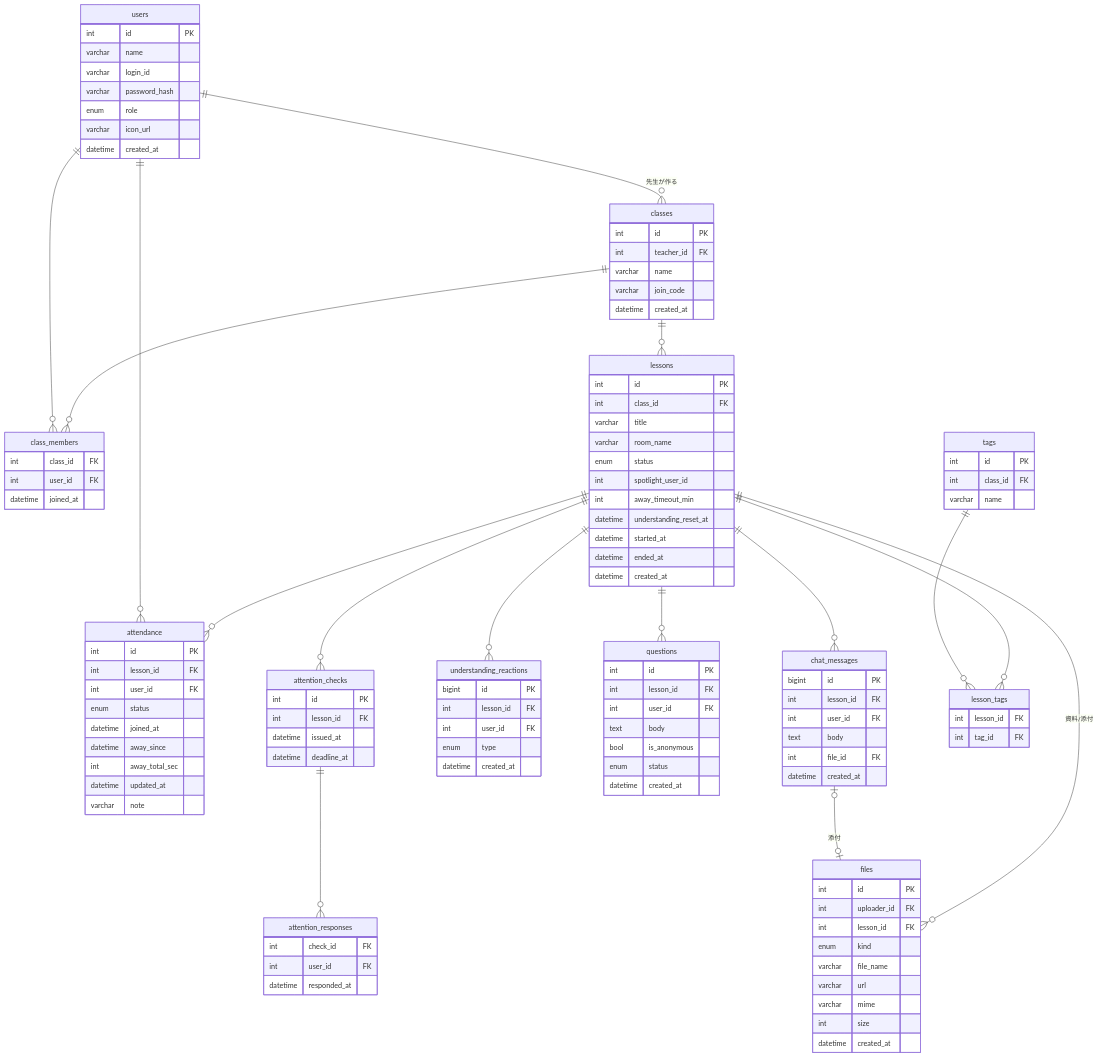
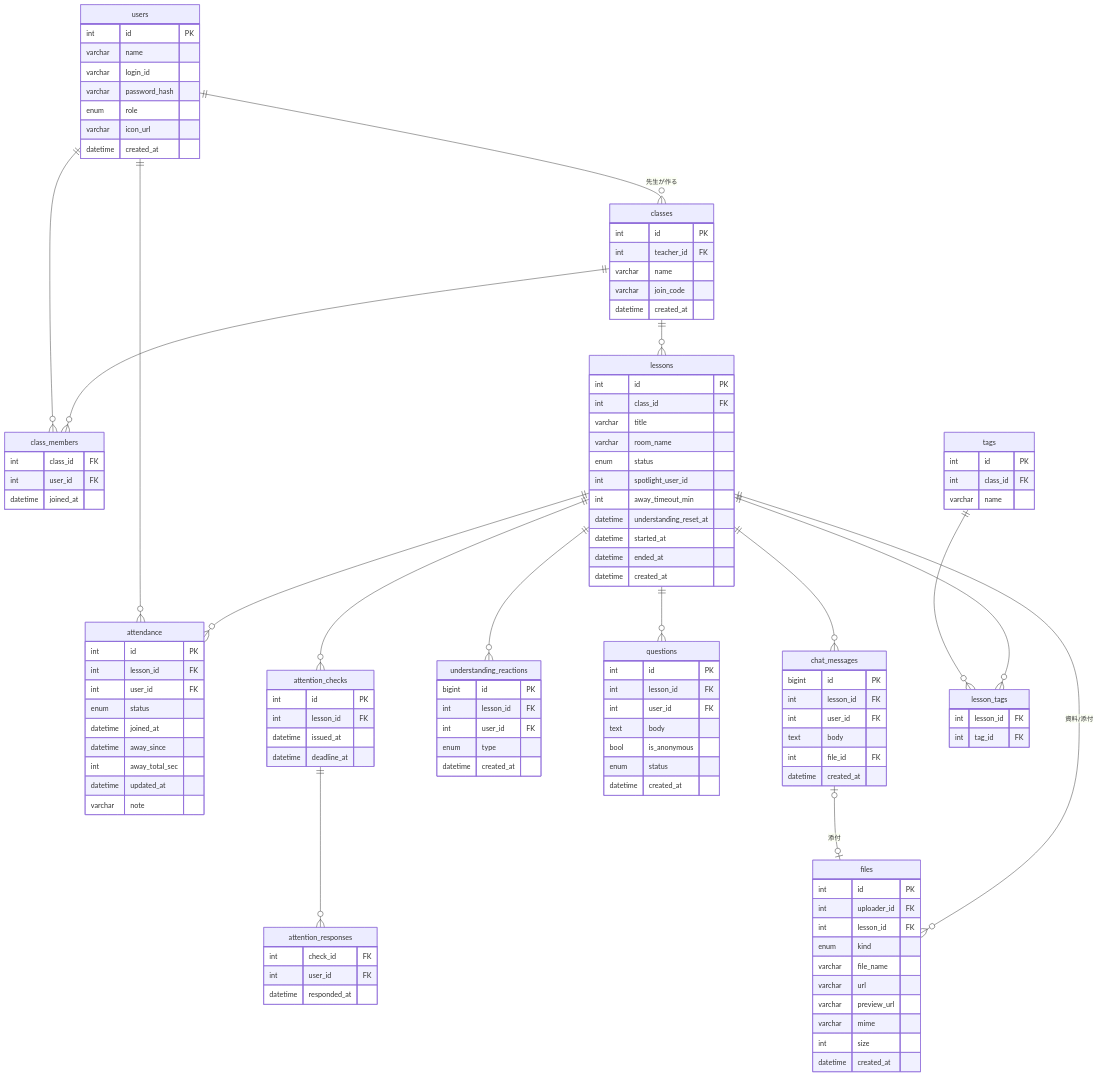
One commit to tarutoon7391/Sotsuken changed the diagram in docs/03_DB設計.md. Above: the diagram before and after it, drawn with Mermaid. The commit also changed other lines of this file and 6 other files, not shown here.

````diff
--- a/docs/03_DB設計.md
+++ b/docs/03_DB設計.md
@@ -10,32 +10,32 @@
 ```mermaid
 erDiagram
     users ||--o{ classes : "先生が作る"
     classes ||--o{ class_members : ""
     users ||--o{ class_members : ""
     classes ||--o{ lessons : ""
     lessons ||--o{ attendance : ""
     users ||--o{ attendance : ""
     lessons ||--o{ attention_checks : ""
     attention_checks ||--o{ attention_responses : ""
     lessons ||--o{ understanding_reactions : ""
     lessons ||--o{ questions : ""
     lessons ||--o{ chat_messages : ""
     lessons ||--o{ files : "資料/添付"
     chat_messages |o--o| files : "添付"
     lessons ||--o{ lesson_tags : ""
     tags ||--o{ lesson_tags : ""
 
     users { int id PK  varchar name  varchar login_id  varchar password_hash  enum role  varchar icon_url  datetime created_at }
     classes { int id PK  int teacher_id FK  varchar name  varchar join_code  datetime created_at }
     class_members { int class_id FK  int user_id FK  datetime joined_at }
     lessons { int id PK  int class_id FK  varchar title  varchar room_name  enum status  int spotlight_user_id  int away_timeout_min  datetime understanding_reset_at  datetime started_at  datetime ended_at  datetime created_at }
     attendance { int id PK  int lesson_id FK  int user_id FK  enum status  datetime joined_at  datetime away_since  int away_total_sec  datetime updated_at  varchar note }
     attention_checks { int id PK  int lesson_id FK  datetime issued_at  datetime deadline_at }
     attention_responses { int check_id FK  int user_id FK  datetime responded_at }
     understanding_reactions { bigint id PK  int lesson_id FK  int user_id FK  enum type  datetime created_at }
     questions { int id PK  int lesson_id FK  int user_id FK  text body  bool is_anonymous  enum status  datetime created_at }
     chat_messages { bigint id PK  int lesson_id FK  int user_id FK  text body  int file_id FK  datetime created_at }
-    files { int id PK  int uploader_id FK  int lesson_id FK  enum kind  varchar file_name  varchar url  varchar mime  int size  datetime created_at }
+    files { int id PK  int uploader_id FK  int lesson_id FK  enum kind  varchar file_name  varchar url  varchar preview_url  varchar mime  int size  datetime created_at }
     tags { int id PK  int class_id FK  varchar name }
     lesson_tags { int lesson_id FK  int tag_id FK }
 ```
````
